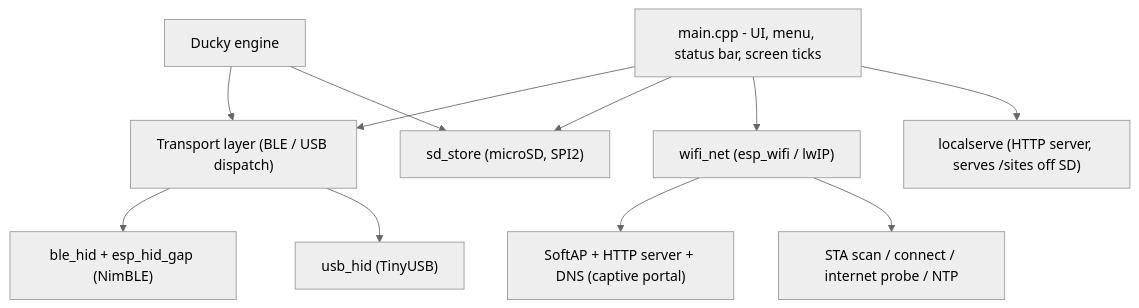
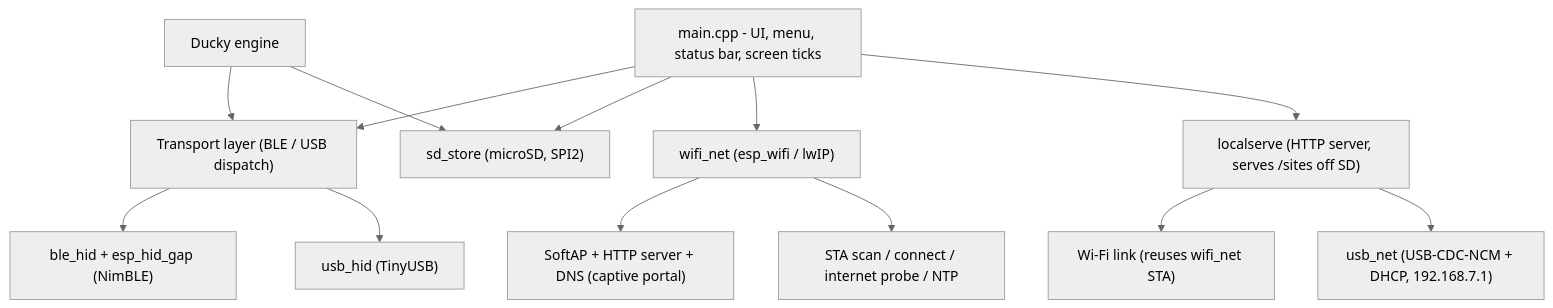
The diagram in README.md (nikhilsaps/Nexus), drawn with Mermaid (neutral theme) before and after one commit. The commit also changed other lines of this file and 6 other files, not shown here.

````diff
--- a/README.md
+++ b/README.md
@@ -171,14 +173,16 @@
 ```mermaid
 flowchart TD
     UI["main.cpp - UI, menu, status bar, screen ticks"]
     UI --> HID["Transport layer (BLE / USB dispatch)"]
     HID --> BLE["ble_hid + esp_hid_gap (NimBLE)"]
     HID --> USB["usb_hid (TinyUSB)"]
     UI --> SD["sd_store (microSD, SPI2)"]
     UI --> WIFI["wifi_net (esp_wifi / lwIP)"]
     WIFI --> AP["SoftAP + HTTP server + DNS (captive portal)"]
     WIFI --> STA["STA scan / connect / internet probe / NTP"]
     UI --> LS["localserve (HTTP server, serves /sites off SD)"]
+    LS --> LSW["Wi-Fi link (reuses wifi_net STA)"]
+    LS --> LSU["usb_net (USB-CDC-NCM + DHCP, 192.168.7.1)"]
     DUCK["Ducky engine"] --> HID
     DUCK --> SD
 ```
````
